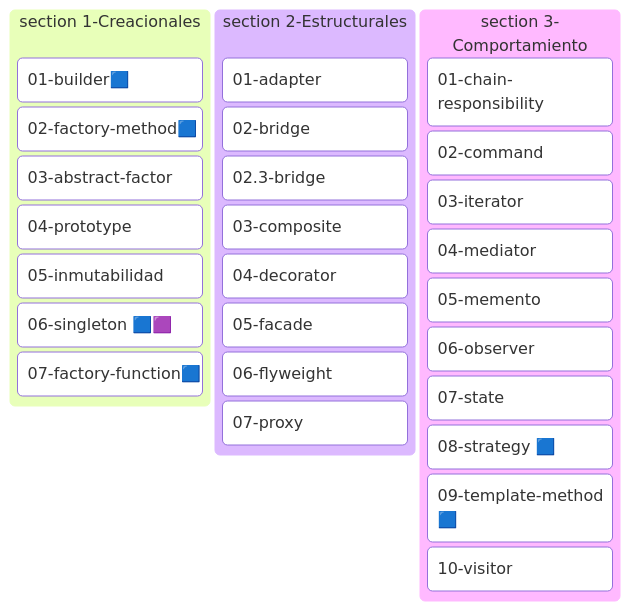
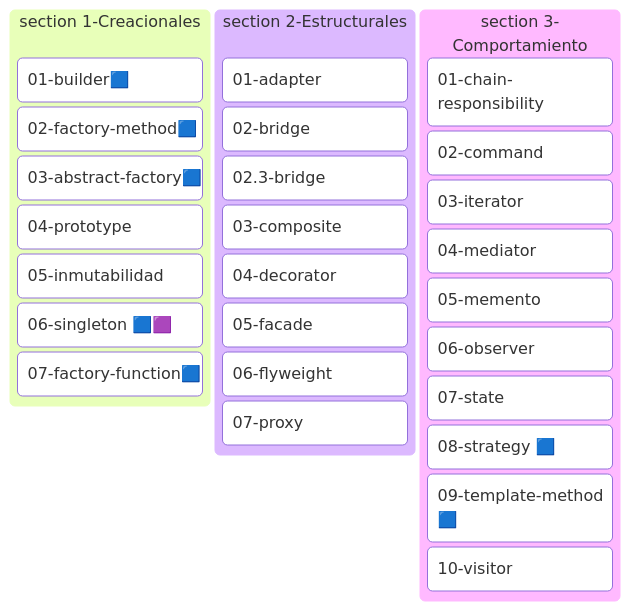
One commit to sdsanchezm/design-patterns-all changed the diagram in README.md. Above: the diagram before and after it, drawn with Mermaid. The commit also changed 4 other files, not shown here.

Commit message:
refactored abstract Factory

```diff
--- a/README.md
+++ b/README.md
@@ -7,33 +7,33 @@
 ~~~mermaid
 kanban
     section 1-Creacionales
       01-builder🟦
       02-factory-method🟦
-      03-abstract-factor
+      03-abstract-factory🟦
       04-prototype
       05-inmutabilidad
       06-singleton 🟦🟪
       07-factory-function🟦
 
     section 2-Estructurales
       01-adapter
       02-bridge
       02.3-bridge
       03-composite
       04-decorator
       05-facade
       06-flyweight
       07-proxy
 
     section 3-Comportamiento
       01-chain-responsibility
       02-command
       03-iterator
       04-mediator
       05-memento
       06-observer
       07-state
       08-strategy 🟦
       09-template-method🟦
       10-visitor
 ~~~
```
